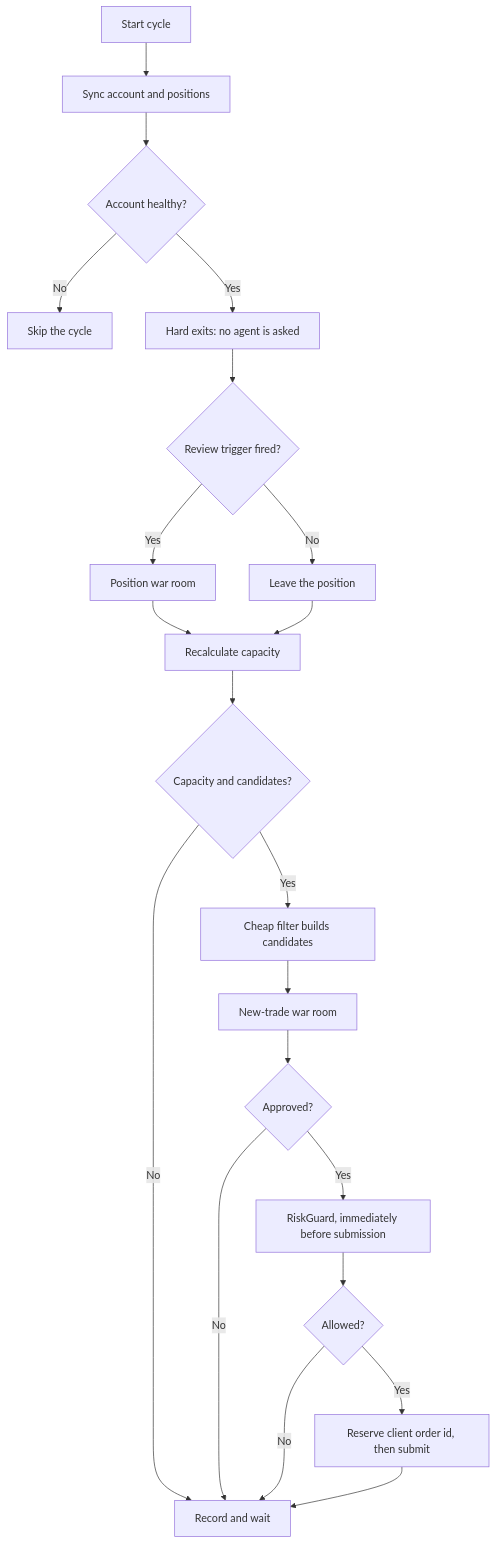
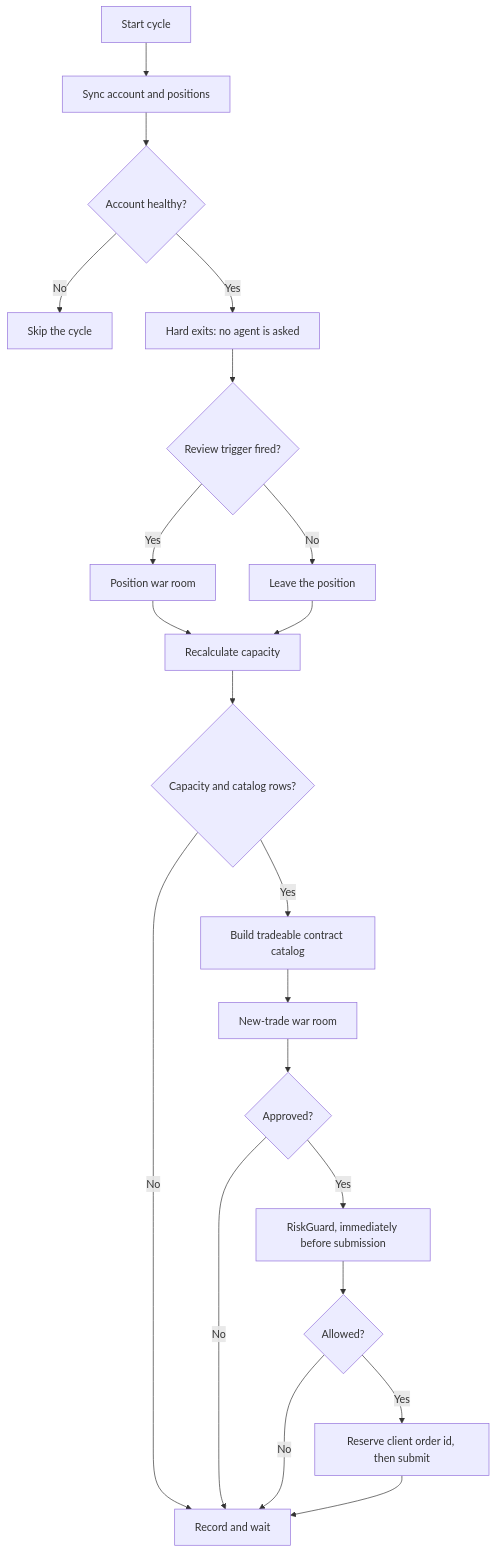
One commit to xakpc/Alpaca.NoIdea changed the diagram in .lode/trading/live-cycle.md. Above: the diagram before and after it, drawn with Mermaid. The commit also changed other lines of this file and 46 other files, not shown here.

````diff
--- a/.lode/trading/live-cycle.md
+++ b/.lode/trading/live-cycle.md
@@ -9,23 +9,23 @@
 ```mermaid
 flowchart TD
     A[Start cycle] --> B[Sync account and positions]
     B --> C{Account healthy?}
     C -- No --> Z[Skip the cycle]
     C -- Yes --> D[Hard exits: no agent is asked]
     D --> E{Review trigger fired?}
     E -- Yes --> F[Position war room]
     E -- No --> G[Leave the position]
     F --> H[Recalculate capacity]
     G --> H
-    H --> I{Capacity and candidates?}
+    H --> I{Capacity and catalog rows?}
     I -- No --> Y[Record and wait]
-    I -- Yes --> J[Cheap filter builds candidates]
+    I -- Yes --> J[Build tradeable contract catalog]
     J --> K[New-trade war room]
     K --> L{Approved?}
     L -- No --> Y
     L -- Yes --> M[RiskGuard, immediately before submission]
     M --> N{Allowed?}
     N -- No --> Y
     N -- Yes --> O[Reserve client order id, then submit]
     O --> Y
 ```
````
